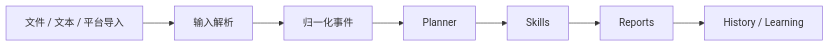
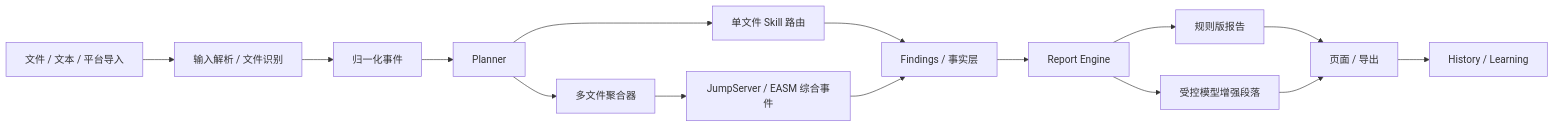
Before and after one commit to edmund-xl/MegaETH-AI-Security: the first of 2 diagrams in docs/architecture.md, drawn with Mermaid. The commit also changed other lines of this file and 1 other file, not shown here.

Commit message:
Improve architecture diagrams for composite analysis flow

````diff
--- a/docs/architecture.md
+++ b/docs/architecture.md
@@ -31,9 +31,17 @@
 ```mermaid
 flowchart LR
-    A["文件 / 文本 / 平台导入"] --> B["输入解析"]
+    A["文件 / 文本 / 平台导入"] --> B["输入解析 / 文件识别"]
     B --> C["归一化事件"]
     C --> D["Planner"]
-    D --> E["Skills"]
-    E --> F["Reports"]
-    F --> G["History / Learning"]
+    D --> E1["单文件 Skill 路由"]
+    D --> E2["多文件聚合器"]
+    E2 --> E3["JumpServer / EASM 综合事件"]
+    E1 --> F["Findings / 事实层"]
+    E3 --> F
+    F --> G["Report Engine"]
+    G --> H1["规则版报告"]
+    G --> H2["受控模型增强段落"]
+    H1 --> I["页面 / 导出"]
+    H2 --> I
+    I --> J["History / Learning"]
 ```
````
